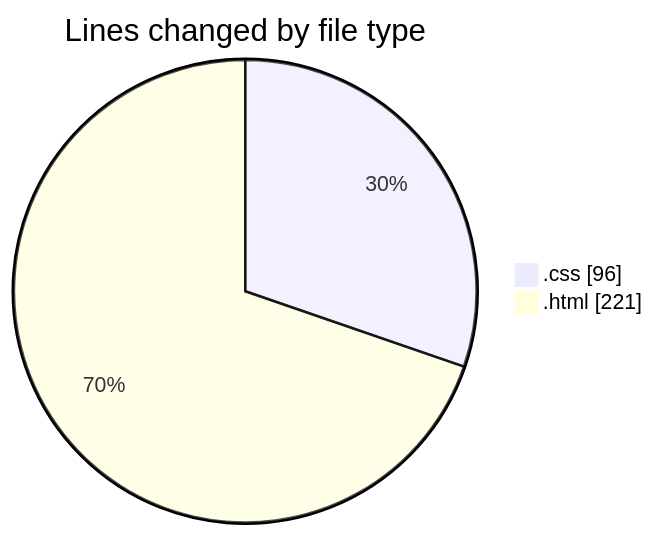
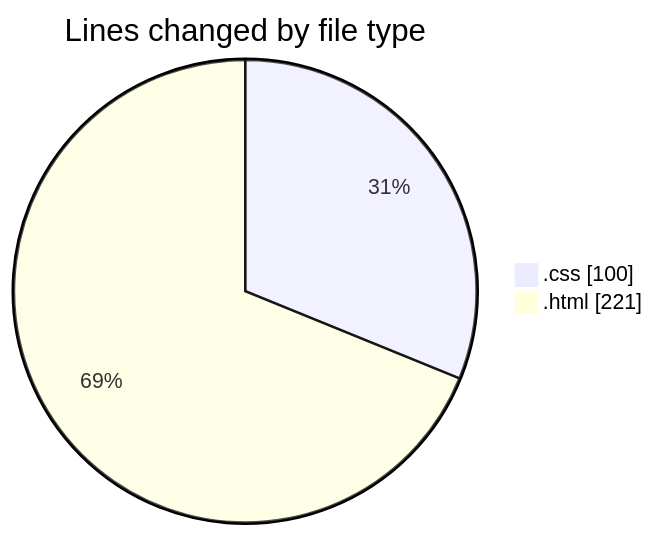
Before and after one commit to NitaiMahat/code-tracking: the first of 2 diagrams in 2025-02-04/recipe-page-main/README.md, drawn with Mermaid. The commit also changed other lines of this file and 1 other file, not shown here.

````diff
--- a/2025-02-04/recipe-page-main/README.md
+++ b/2025-02-04/recipe-page-main/README.md
@@ -21,6 +21,6 @@
 ```mermaid
 pie showData
 title Lines changed by file type
-".css" : 96
+".css" : 100
 ".html" : 221
 ```
````
